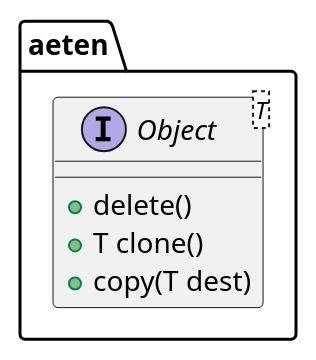
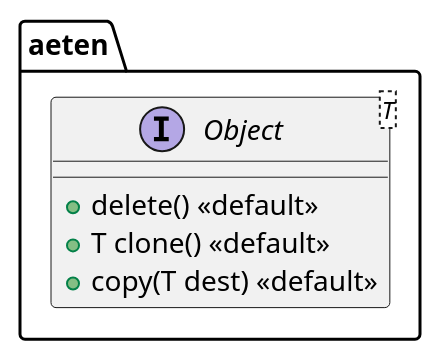
Before and after one commit to aeten/aeten-core-c: the diagram in uml/aeten/Object.puml, drawn with PlantUML. The commit also changed 3 other files, not shown here.

```diff
--- a/uml/aeten/Object.puml
+++ b/uml/aeten/Object.puml
@@ -1,9 +1,9 @@
 @startuml
 namespace aeten {
 	interface Object<T> {
-		+ delete()
-		+ T clone()
-		+ copy(T dest)
+		+ delete() <<default>>
+		+ T clone() <<default>>
+		+ copy(T dest) <<default>>
 	}
 }
 @enduml
```
